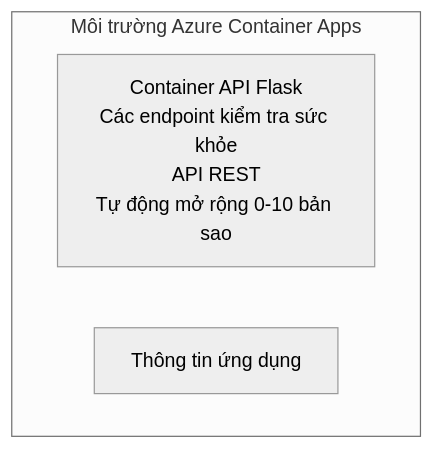
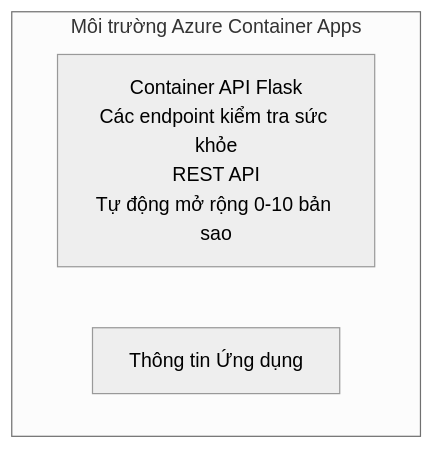
The diagram in translations/vi/examples/container-app/simple-flask-api/README.md (microsoft/AZD-for-beginners), drawn with Mermaid (neutral theme) before and after one commit. The commit also changed other lines of this file and 104 other files, not shown here.

````diff
--- a/translations/vi/examples/container-app/simple-flask-api/README.md
+++ b/translations/vi/examples/container-app/simple-flask-api/README.md
@@ -26,7 +26,7 @@
 ```mermaid
 graph TD
     subgraph ACA[Môi trường Azure Container Apps]
-        Flask[Container API Flask<br/>Các endpoint kiểm tra sức khỏe<br/>API REST<br/>Tự động mở rộng 0-10 bản sao]
-        AppInsights[Thông tin ứng dụng]
+        Flask[Container API Flask<br/>Các endpoint kiểm tra sức khỏe<br/>REST API<br/>Tự động mở rộng 0-10 bản sao]
+        AppInsights[Thông tin Ứng dụng]
     end
 ```
````
